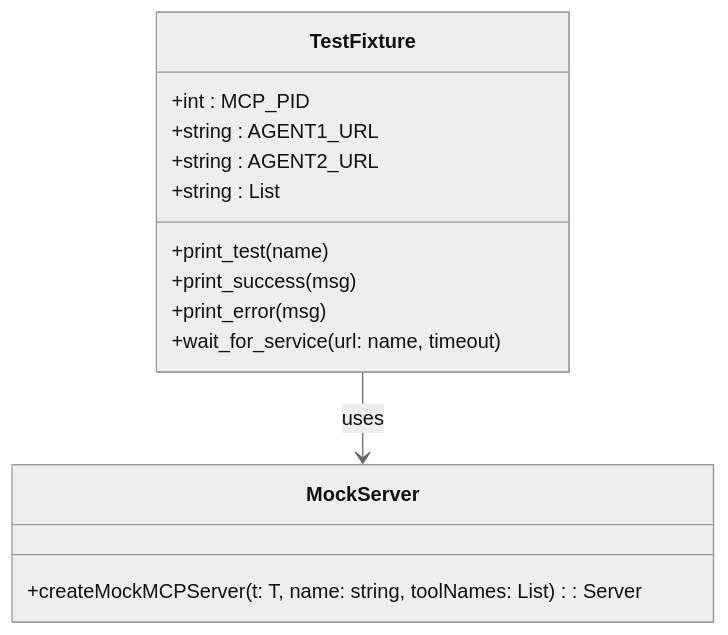
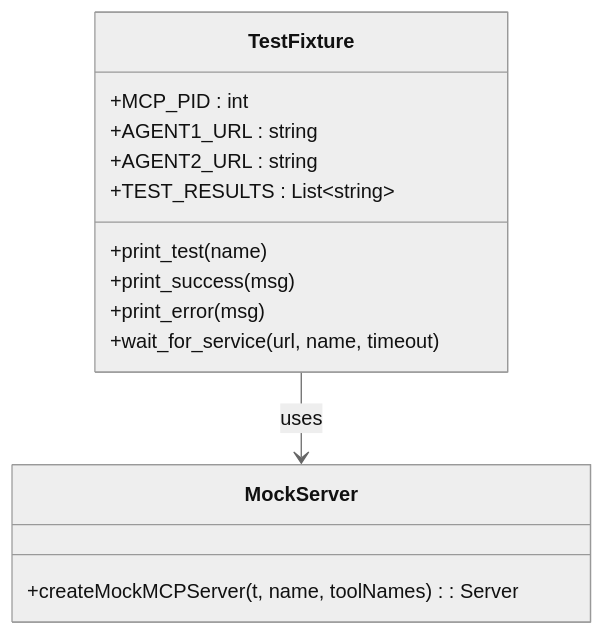
One commit to prxs-ai/praxis-go-sdk changed the fifth of 5 diagrams in docs/Testing Strategy.md. Above: the diagram before and after it, drawn with Mermaid (neutral theme). The commit also changed other lines of this file and 33 other files, not shown here.

````diff
--- a/docs/Testing Strategy.md
+++ b/docs/Testing Strategy.md
@@ -237,17 +237,17 @@
 ```mermaid
 classDiagram
 class TestFixture {
-+int : MCP_PID
-+string : AGENT1_URL
-+string : AGENT2_URL
-+string : List<TEST_RESULTS>
++MCP_PID : int
++AGENT1_URL : string
++AGENT2_URL : string
++TEST_RESULTS : List~string~
 +print_test(name)
 +print_success(msg)
 +print_error(msg)
-+wait_for_service(url: name, timeout)
++wait_for_service(url, name, timeout)
 }
 class MockServer {
-+createMockMCPServer(t: T, name: string, toolNames: List<string>) : Server
++createMockMCPServer(t, name, toolNames) : Server
 }
 TestFixture --> MockServer : uses
 ```
````
